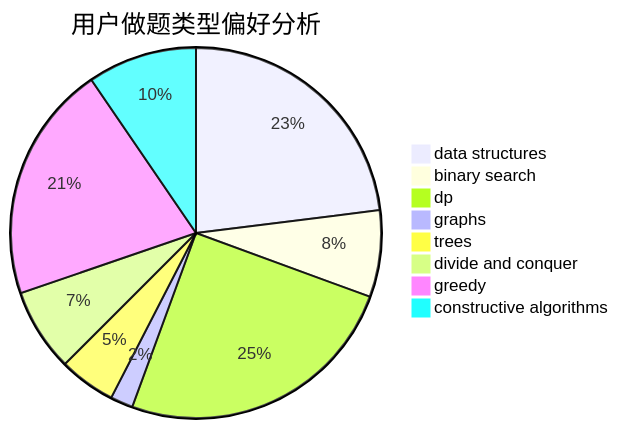
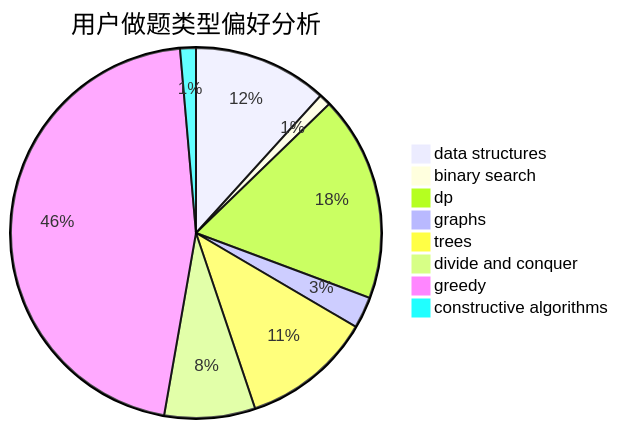
The second of 3 diagrams in docs/user/u1412.md (sherpahu/cfrs.github.io), drawn with Mermaid before and after one commit. The commit also changed other lines of this file and 2770 other files, not shown here.

````diff
--- a/docs/user/u1412.md
+++ b/docs/user/u1412.md
@@ -23,11 +23,11 @@
 ```mermaid
 pie title 用户做题类型偏好分析
-    "data structures" :  70
-    "binary search" :  23
-    "dp" :  76
-    "graphs" :  6
-    "trees" :  15
-    "divide and conquer" :  22
-    "greedy" :  63
-    "constructive algorithms" :  29
+    "data structures" :  34
+    "binary search" :  3
+    "dp" :  52
+    "graphs" :  8
+    "trees" :  33
+    "divide and conquer" :  23
+    "greedy" :  133
+    "constructive algorithms" :  4
 ```
````
